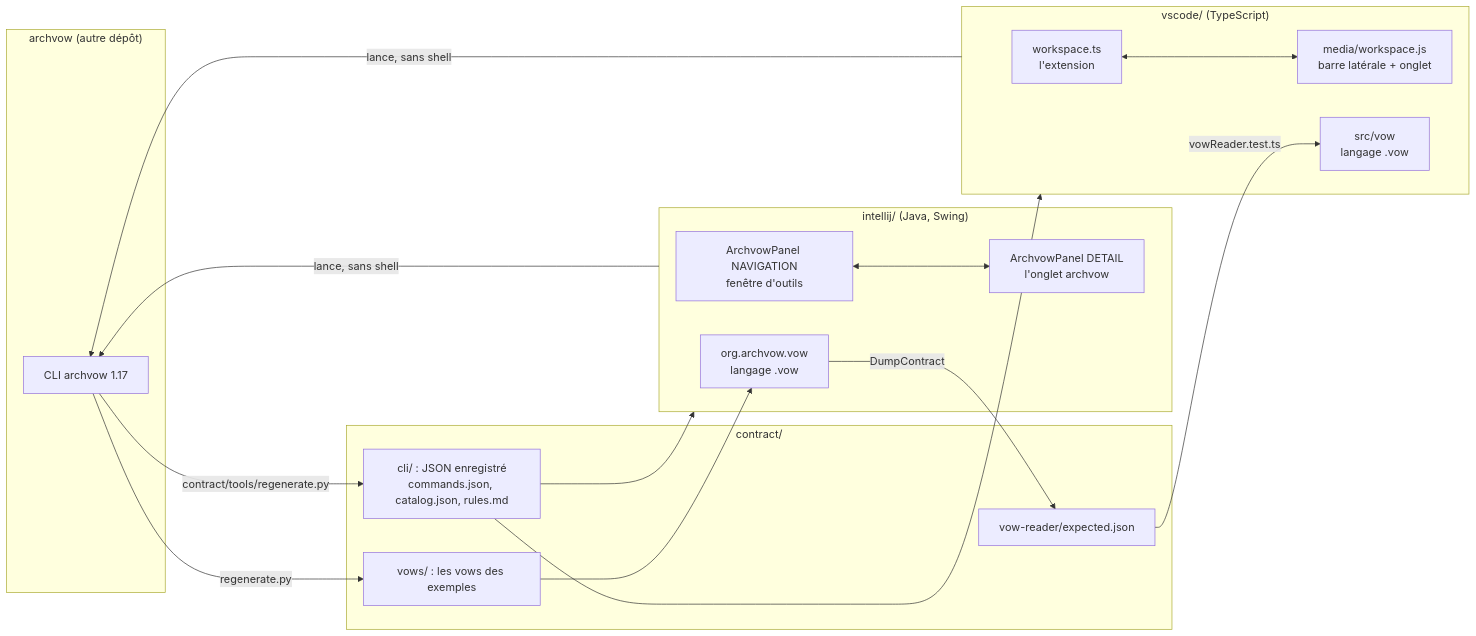
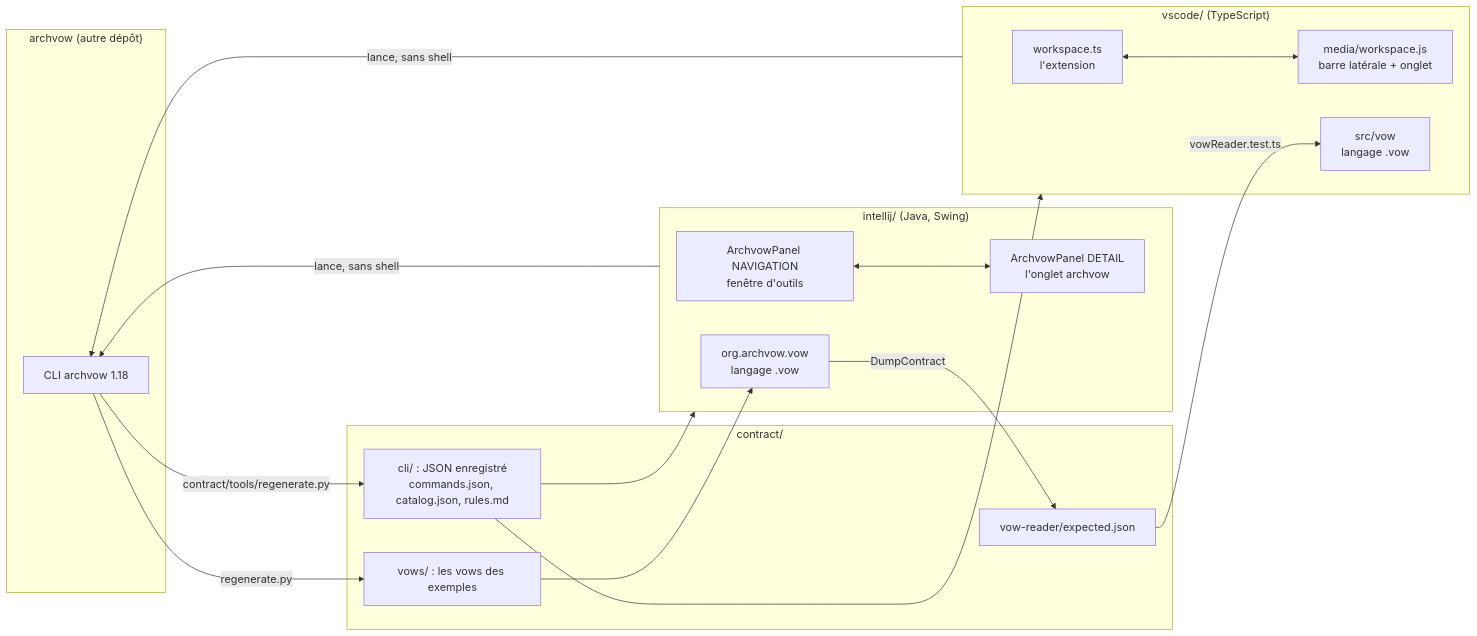
The diagram in wiki/home.md (archvow/archvow-plugin), drawn with Mermaid before and after one commit. The commit also changed other lines of this file and 116 other files, not shown here.

````diff
--- a/wiki/home.md
+++ b/wiki/home.md
@@ -52,32 +52,32 @@
 ```mermaid
 flowchart LR
   subgraph archvow["archvow (autre dépôt)"]
-    CLI[CLI archvow 1.17]
+    CLI[CLI archvow 1.18]
   end
   subgraph contract["contract/"]
     REC[cli/ : JSON enregistré<br/>commands.json, catalog.json, rules.md]
     VOWS[vows/ : les vows des exemples]
     EXP[vow-reader/expected.json]
   end
   CLI -->|contract/tools/regenerate.py| REC
   CLI -->|regenerate.py| VOWS
   subgraph ij["intellij/ (Java, Swing)"]
     NAV[ArchvowPanel NAVIGATION<br/>fenêtre d'outils]
     DET[ArchvowPanel DETAIL<br/>l'onglet archvow]
     VOWJ[org.archvow.vow<br/>langage .vow]
   end
   subgraph vs["vscode/ (TypeScript)"]
     WS[workspace.ts<br/>l'extension]
     PAGE[media/workspace.js<br/>barre latérale + onglet]
     VOWT[src/vow<br/>langage .vow]
   end
   REC --> ij
   REC --> vs
   VOWS --> VOWJ
   VOWJ -->|DumpContract| EXP
   EXP -->|vowReader.test.ts| VOWT
   NAV <--> DET
   WS <--> PAGE
   ij -->|lance, sans shell| CLI
   vs -->|lance, sans shell| CLI
 ```
````
